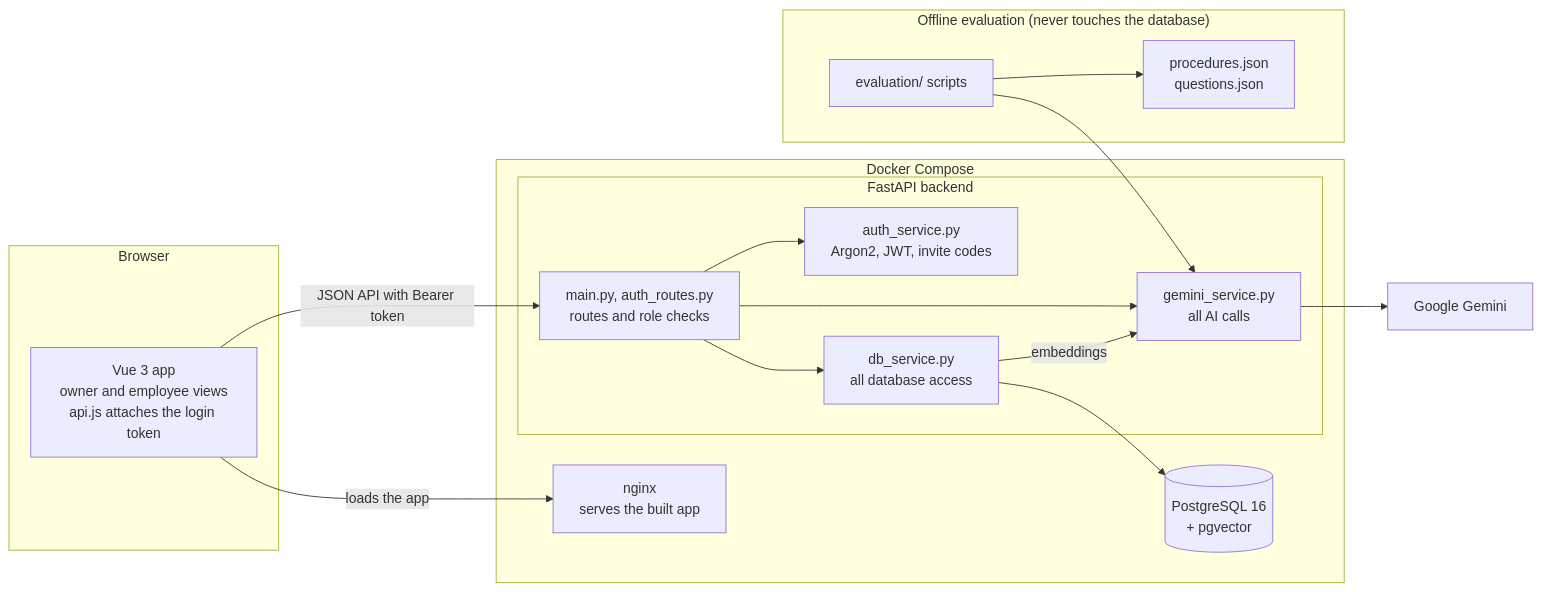
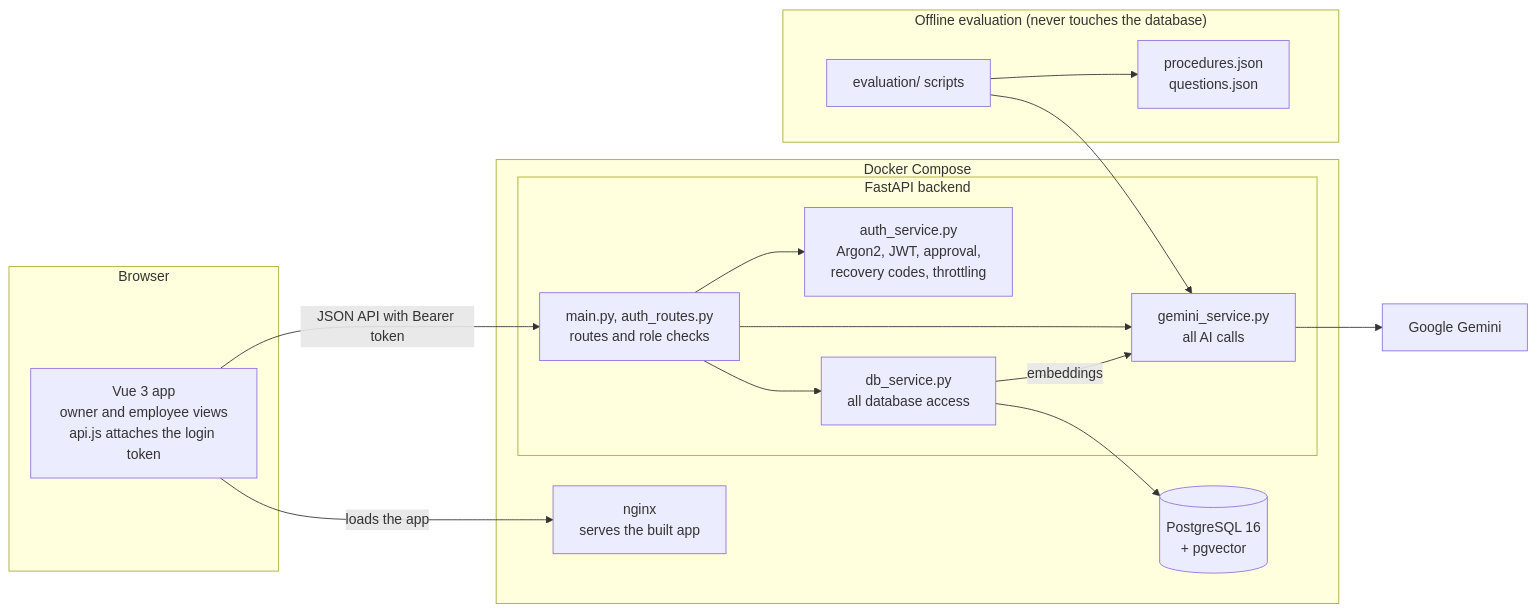
One commit to mckennahdean/Handoff changed the first of 5 diagrams in docs/architecture/README.md. Above: the diagram before and after it, drawn with Mermaid. The commit also changed other lines of this file and 3 other files, not shown here.

Commit message:
Docs: owner approval, recovery codes, and login throttling

````diff
--- a/docs/architecture/README.md
+++ b/docs/architecture/README.md
@@ -7,35 +7,35 @@
 ```mermaid
 flowchart LR
     subgraph Browser
         SPA["Vue 3 app<br/>owner and employee views<br/>api.js attaches the login token"]
     end
 
     subgraph Compose["Docker Compose"]
         Web["nginx<br/>serves the built app"]
         subgraph Backend["FastAPI backend"]
             Routes["main.py, auth_routes.py<br/>routes and role checks"]
-            Auth["auth_service.py<br/>Argon2, JWT, invite codes"]
+            Auth["auth_service.py<br/>Argon2, JWT, approval,<br/>recovery codes, throttling"]
             DBS["db_service.py<br/>all database access"]
             AI["gemini_service.py<br/>all AI calls"]
         end
         DB[("PostgreSQL 16<br/>+ pgvector")]
     end
 
     Gemini["Google Gemini"]
 
     subgraph Offline["Offline evaluation (never touches the database)"]
         Eval["evaluation/ scripts"]
         Data["procedures.json<br/>questions.json"]
     end
 
     SPA -- "loads the app" --> Web
     SPA -- "JSON API with Bearer token" --> Routes
     Routes --> Auth
     Routes --> DBS
     Routes --> AI
     DBS --> DB
     DBS -- "embeddings" --> AI
     AI --> Gemini
     Eval --> Data
     Eval --> AI
 ```
````
